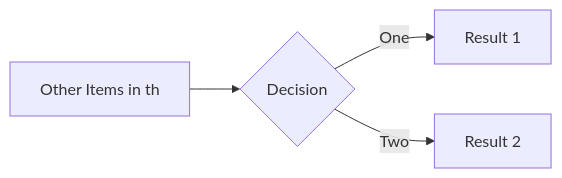
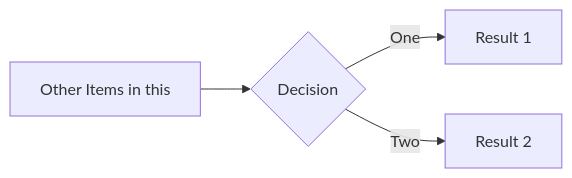
One commit to gerbssusd/dok changed the diagram in slides.md. Above: the diagram before and after it, drawn with Mermaid.

````diff
--- a/slides.md
+++ b/slides.md
@@ -217,6 +217,6 @@
 ```mermaid {theme: 'neutral', scale: 0.8}
 graph LR
-B[Other Items in th] --> C{Decision}
+B[Other Items in this ] --> C{Decision}
 C -->|One| D[Result 1]
 C -->|Two| E[Result 2]
 ```
````
